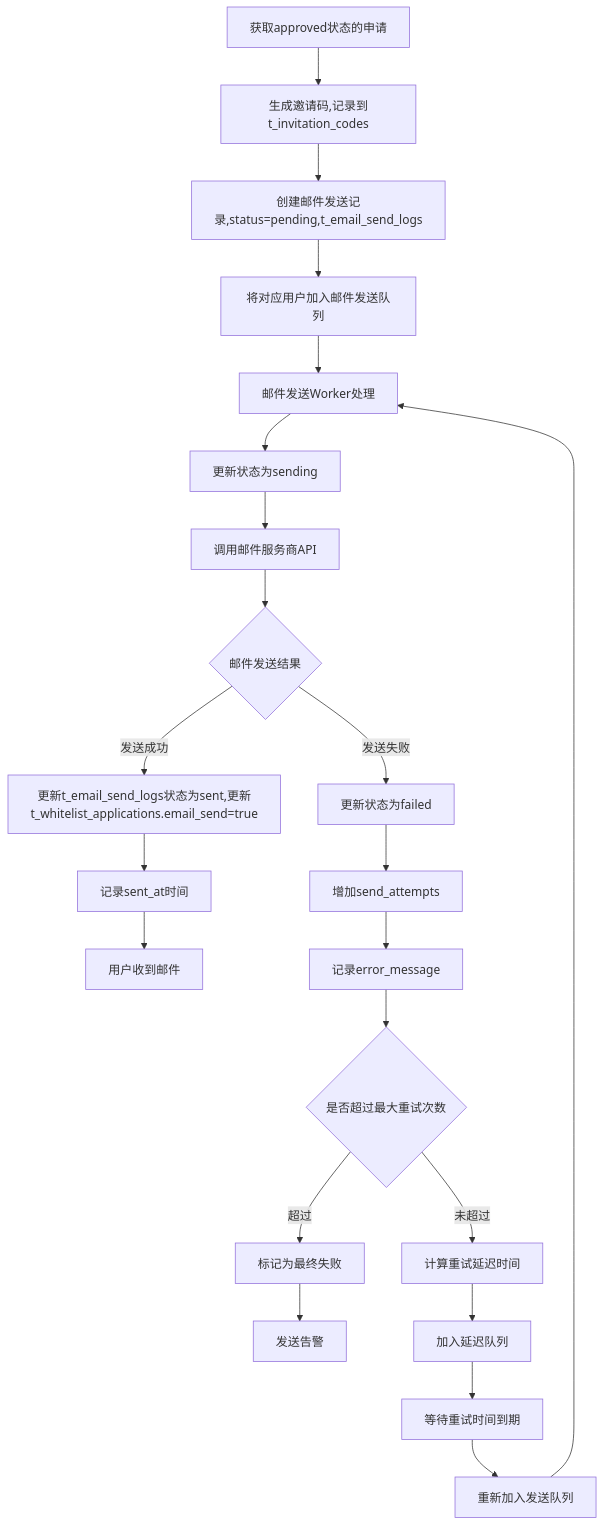
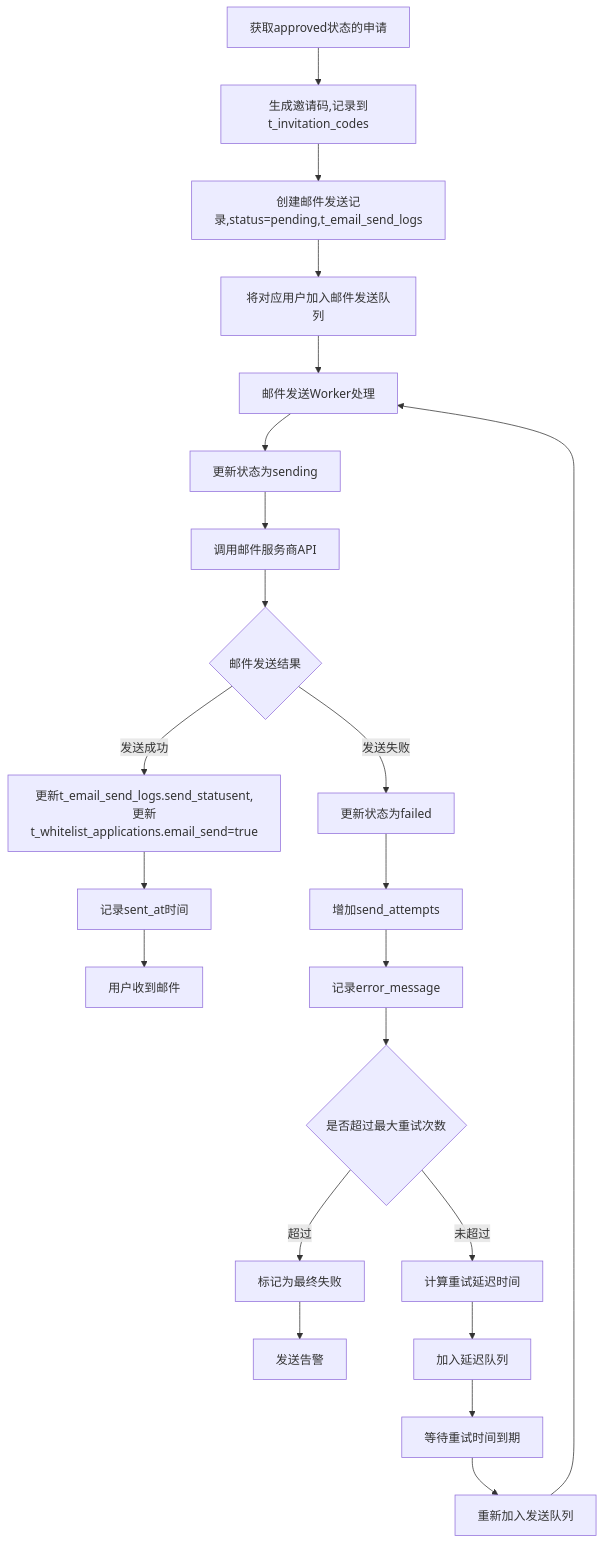
One commit to yingjianzh/iodraw-files changed the diagram in all/未命名-77.md. Above: the diagram before and after it, drawn with Mermaid.

Commit message:
2025-07-08 10:07:44 update

````diff
--- a/all/未命名-77.md
+++ b/all/未命名-77.md
@@ -1,29 +1,29 @@
 ```mermaid
 
 flowchart TD
     A[获取approved状态的申请] --> B[生成邀请码,记录到t_invitation_codes]
     B --> C[创建邮件发送记录,status=pending,t_email_send_logs]
     C --> D[将对应用户加入邮件发送队列]
     
     D --> E[邮件发送Worker处理]
     E --> F[更新状态为sending]
     F --> G[调用邮件服务商API]
     G --> H{邮件发送结果}
     
-    H -->|发送成功| I[更新t_email_send_logs状态为sent,更新t_whitelist_applications.email_send=true]
+    H -->|发送成功| I[更新t_email_send_logs.send_statusent,更新t_whitelist_applications.email_send=true]
     I --> J[记录sent_at时间]
     J --> K[用户收到邮件]
     
     H -->|发送失败| L[更新状态为failed]
     L --> M[增加send_attempts]
     M --> N[记录error_message]
     N --> O{是否超过最大重试次数}
     O -->|超过| P[标记为最终失败]
     P --> Q[发送告警]
     O -->|未超过| R[计算重试延迟时间]
     R --> S[加入延迟队列]
     S --> T[等待重试时间到期]
     T --> U[重新加入发送队列]
     U --> E
 
 ```
````
